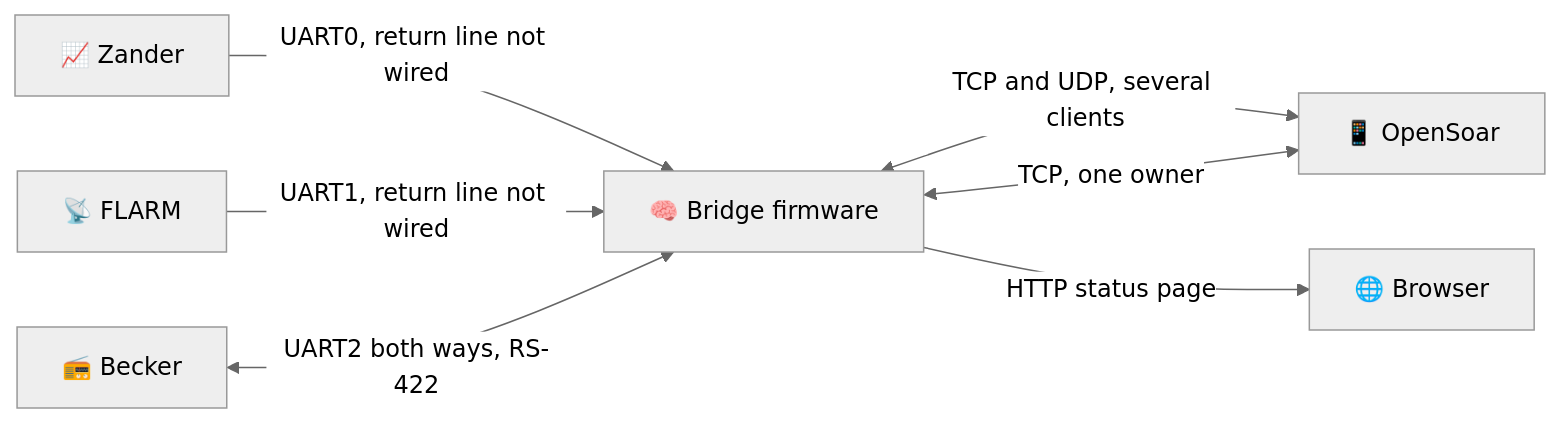
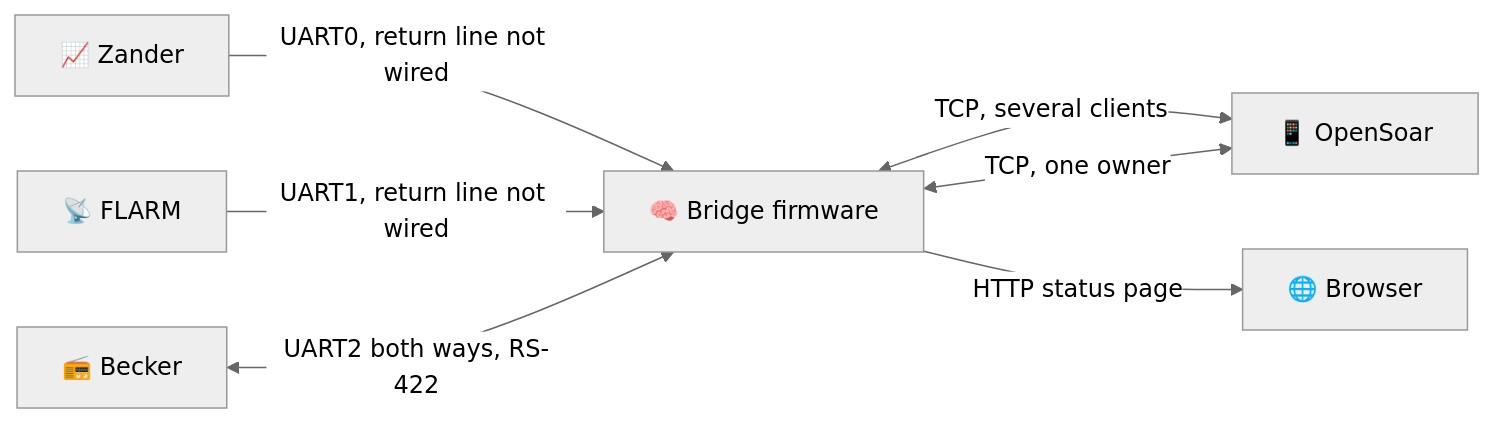
One commit to MomoRC-tech/Becker-AR6201-to-OpenSoar changed the second of 2 diagrams in docs/project/roadmap.md. Above: the diagram before and after it, drawn with Mermaid (neutral theme). The commit also changed other lines of this file and 15 other files, not shown here.

First line of the commit message:
Remove UDP from the bridge firmware (owner decision)

````diff
--- a/docs/project/roadmap.md
+++ b/docs/project/roadmap.md
@@ -60,9 +60,9 @@
 ```mermaid
 flowchart LR
     Z[📈 Zander] -->|UART0, return line not wired| B
     F[📡 FLARM] -->|UART1, return line not wired| B
     R[📻 Becker] <-->|UART2 both ways, RS-422| B
-    B[🧠 Bridge firmware] <-->|TCP and UDP, several clients| O[📱 OpenSoar]
+    B[🧠 Bridge firmware] <-->|TCP, several clients| O[📱 OpenSoar]
     B <-->|TCP, one owner| O
     B -->|HTTP status page| W[🌐 Browser]
 ```
````
